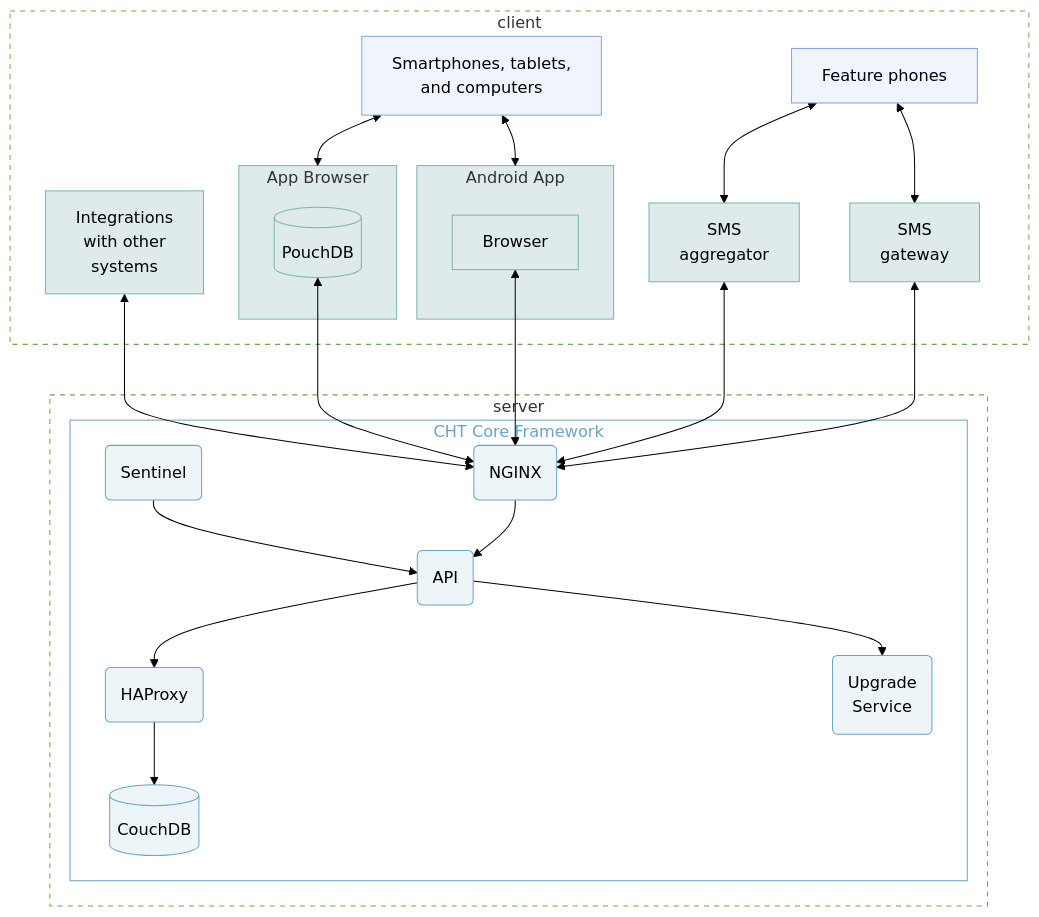
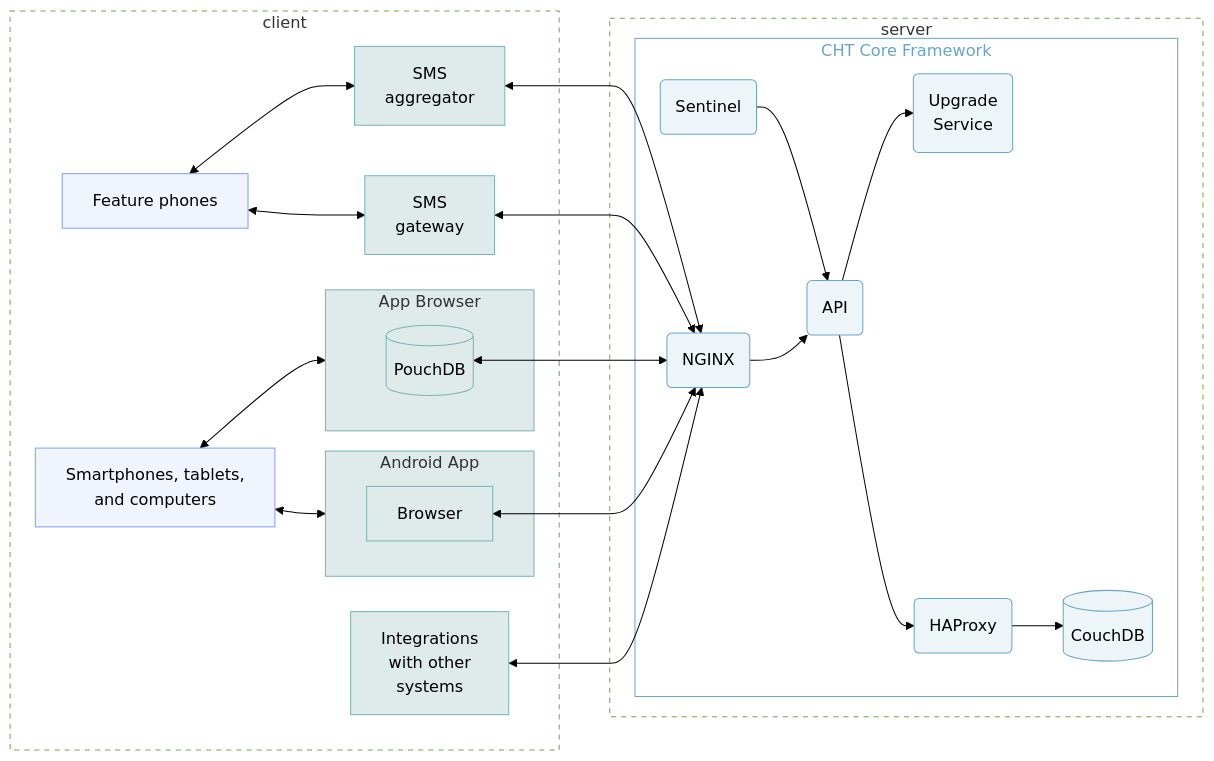
Before and after one commit to medic/cht-docs: the first of 2 diagrams in content/en/core/overview/architecture.md, drawn with Mermaid (forest theme). The commit also changed other lines of this file and 1 other file, not shown here.

Commit message:
chore: add mermaid config for extra beauty

````diff
--- a/content/en/core/overview/architecture.md
+++ b/content/en/core/overview/architecture.md
@@ -13,57 +13,57 @@
 ```mermaid
-flowchart TB
+flowchart LR
 
 linkStyle default stroke-width:1px
 
 subgraph client
   classDef client_node fill:#dfeaea,stroke:#7cb3b3
   classDef client_device_node fill:#f0f4fd,stroke:#84a1f0
   
   subgraph app_browser[App Browser]
     pouchdb[(PouchDB)]:::client_node
     style app_browser fill:#dfeaea,stroke:#7cb3b3
   end
   
   subgraph app_android[Android App]
     app_android_browser[Browser]:::client_node
     style app_android fill:#dfeaea,stroke:#7cb3b3
   end
   
-  integrations["Integrations
-    with other
-    systems"]:::client_node
   sms_aggregator["SMS 
     aggregator"]:::client_node
   sms_gateway["SMS 
     gateway"]:::client_node
   feature_phones[Feature phones]:::client_device_node
   smartphones_tables_computers["Smartphones, tablets, 
     and computers"]:::client_device_node
   feature_phones <--> sms_gateway & sms_aggregator
   smartphones_tables_computers <--> app_browser & app_android
+    integrations["Integrations
+    with other
+    systems"]:::client_node
 end
 
 subgraph server
   subgraph cht_core[CHT Core Framework]
     classDef cht_core_node fill:#eef5f9,stroke:#68a5c8
+    upgrade_service("Upgrade 
+      Service"):::cht_core_node
     couchdb[(CouchDB)]:::cht_core_node
     haproxy(HAProxy):::cht_core_node
-    upgrade_service("Upgrade 
-      Service"):::cht_core_node
     api(API):::cht_core_node
     sentinel(Sentinel):::cht_core_node
     nginx(NGINX):::cht_core_node
     haproxy --> couchdb
     api --> upgrade_service & haproxy
     sentinel --> api
     nginx --> api
     style cht_core fill:none,stroke:#68a5c8,stroke-width:1px,color:#68a5c8
   end
   
 end
 
-integrations & pouchdb & app_android_browser & sms_aggregator & sms_gateway <--> nginx
+sms_aggregator & sms_gateway & pouchdb & app_android_browser & integrations <--> nginx
 
 classDef outer_group fill:none,stroke-dasharray: 5 5
 class client,server outer_group
 ```
````
